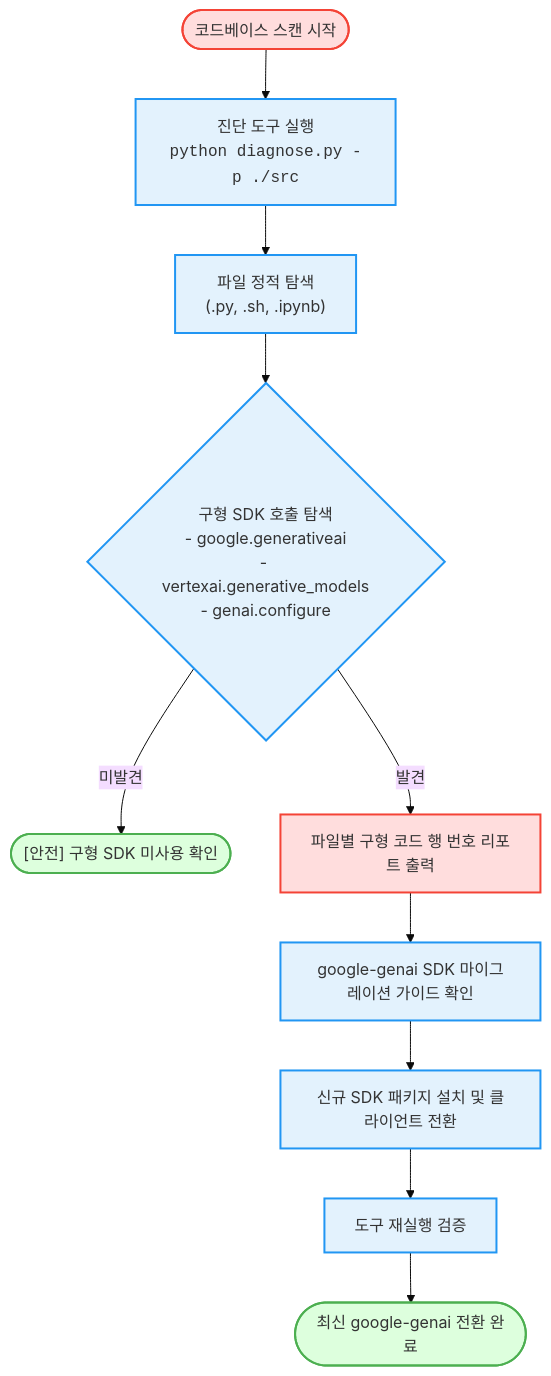
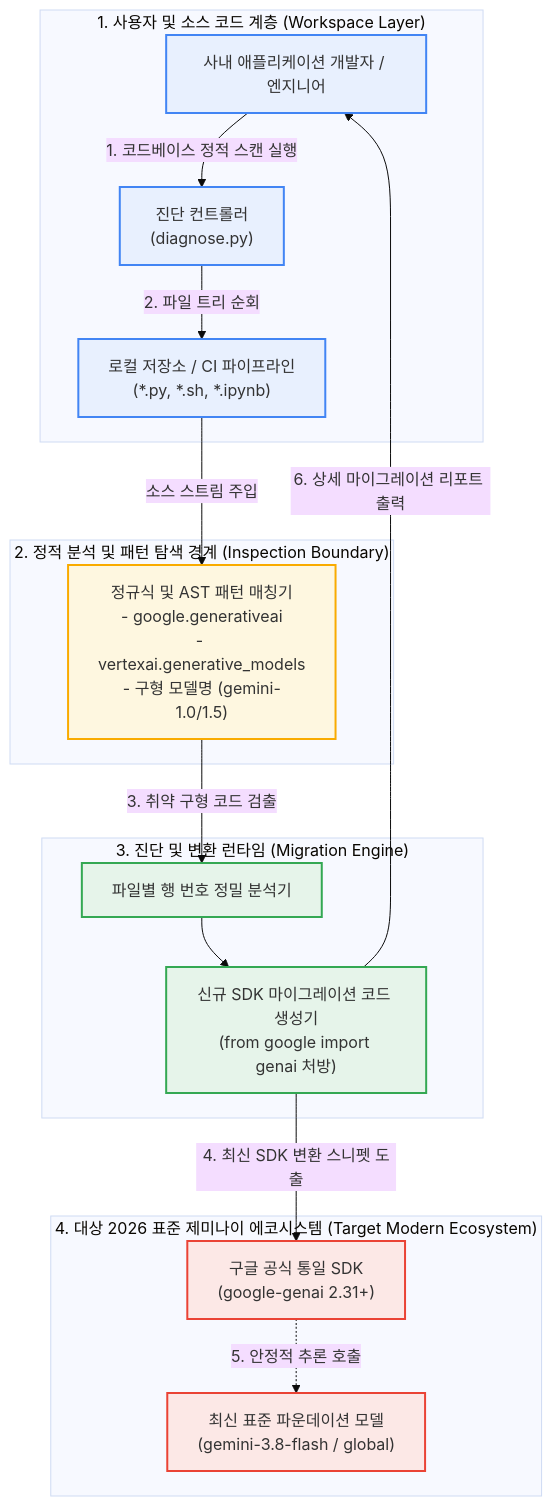
Before and after one commit to jiangjun-forge/google-cloud-0-to-1: the diagram in samples/gemini-legacy-sdk-scanner/README.md, drawn with Mermaid (base theme). The commit also changed other lines of this file and 94 other files, not shown here.

Commit message:
Standardize architecture specifications

````diff
--- a/samples/gemini-legacy-sdk-scanner/README.md
+++ b/samples/gemini-legacy-sdk-scanner/README.md
@@ -74,22 +76,39 @@
 ```mermaid
 flowchart TD
-    Start(["코드베이스 스캔 시작"]) --> RunTool["진단 도구 실행<br/><code>python diagnose.py -p ./src</code>"]
-    
-    RunTool --> ScanFiles["파일 정적 탐색<br/>(.py, .sh, .ipynb)"]
-    ScanFiles --> MatchPatterns{"구형 SDK 호출 탐색<br/>- google.generativeai<br/>- vertexai.generative_models<br/>- genai.configure"}
-    
-    MatchPatterns -- "미발견" --> Safe(["[안전] 구형 SDK 미사용 확인"])
-    MatchPatterns -- "발견" --> Report["파일별 구형 코드 행 번호 리포트 출력"]
-    
-    Report --> Guide["google-genai SDK 마이그레이션 가이드 확인"]
-    Guide --> Refactor["신규 SDK 패키지 설치 및 클라이언트 전환"]
-    Refactor --> Retest["도구 재실행 검증"]
-    Retest --> Done(["최신 google-genai 전환 완료"])
+    subgraph Layer1["1. 사용자 및 소스 코드 계층 (Workspace Layer)"]
+        Dev["사내 애플리케이션 개발자 / 엔지니어"] -->|"1. 코드베이스 정적 스캔 실행"| CLI["진단 컨트롤러<br/>(diagnose.py)"]
+        Repo["로컬 저장소 / CI 파이프라인<br/>(*.py, *.sh, *.ipynb)"]
+    end
 
-    classDef alert fill:#ffdddd,stroke:#f44336,stroke-width:2px;
-    classDef success fill:#ddffdd,stroke:#4caf50,stroke-width:2px;
-    classDef action fill:#e3f2fd,stroke:#2196f3,stroke-width:2px;
-    class Start,Report alert;
-    class Safe,Done success;
-    class RunTool,ScanFiles,MatchPatterns,Guide,Refactor,Retest action;
+    subgraph Layer2["2. 정적 분석 및 패턴 탐색 경계 (Inspection Boundary)"]
+        Scanner["정규식 및 AST 패턴 매칭기<br/>- google.generativeai<br/>- vertexai.generative_models<br/>- 구형 모델명 (gemini-1.0/1.5)"]
+    end
+
+    subgraph Layer3["3. 진단 및 변환 런타임 (Migration Engine)"]
+        Parser["파일별 행 번호 정밀 분석기"]
+        GuideGen["신규 SDK 마이그레이션 코드 생성기<br/>(from google import genai 처방)"]
+        Parser --> GuideGen
+    end
+
+    subgraph Layer4["4. 대상 2026 표준 제미나이 에코시스템 (Target Modern Ecosystem)"]
+        UnifiedSDK["구글 공식 통일 SDK<br/>(google-genai 2.31+)"]
+        ModernModel["최신 표준 파운데이션 모델<br/>(gemini-3.8-flash / global)"]
+    end
+
+    CLI -->|"2. 파일 트리 순회"| Repo
+    Repo -->|"소스 스트림 주입"| Scanner
+    Scanner -->|"3. 취약 구형 코드 검출"| Parser
+    GuideGen -->|"4. 최신 SDK 변환 스니펫 도출"| UnifiedSDK
+    UnifiedSDK -.->|"5. 안정적 추론 호출"| ModernModel
+    GuideGen -->|"6. 상세 마이그레이션 리포트 출력"| Dev
+
+    classDef portal fill:#e8f0fe,stroke:#4285f4,stroke-width:2px;
+    classDef security fill:#fef7e0,stroke:#f9ab00,stroke-width:2px;
+    classDef runtime fill:#e6f4ea,stroke:#34a853,stroke-width:2px;
+    classDef backend fill:#fce8e6,stroke:#ea4335,stroke-width:2px;
+
+    class Dev,CLI,Repo portal;
+    class Scanner security;
+    class Parser,GuideGen runtime;
+    class UnifiedSDK,ModernModel backend;
 ```
````
